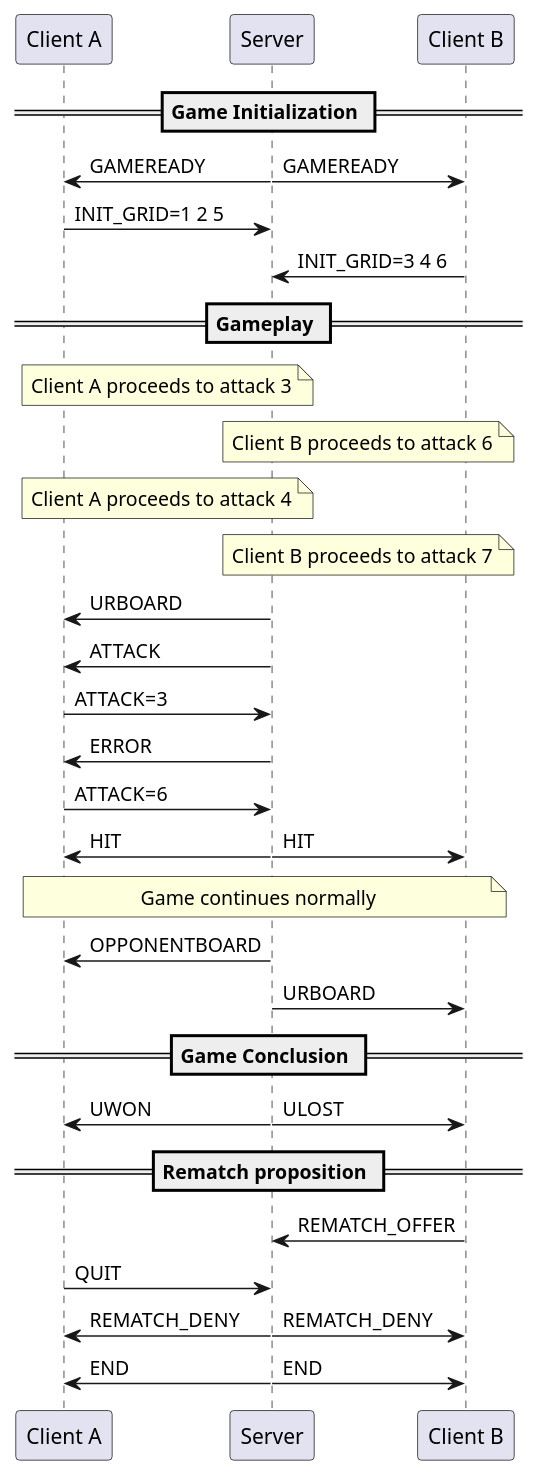
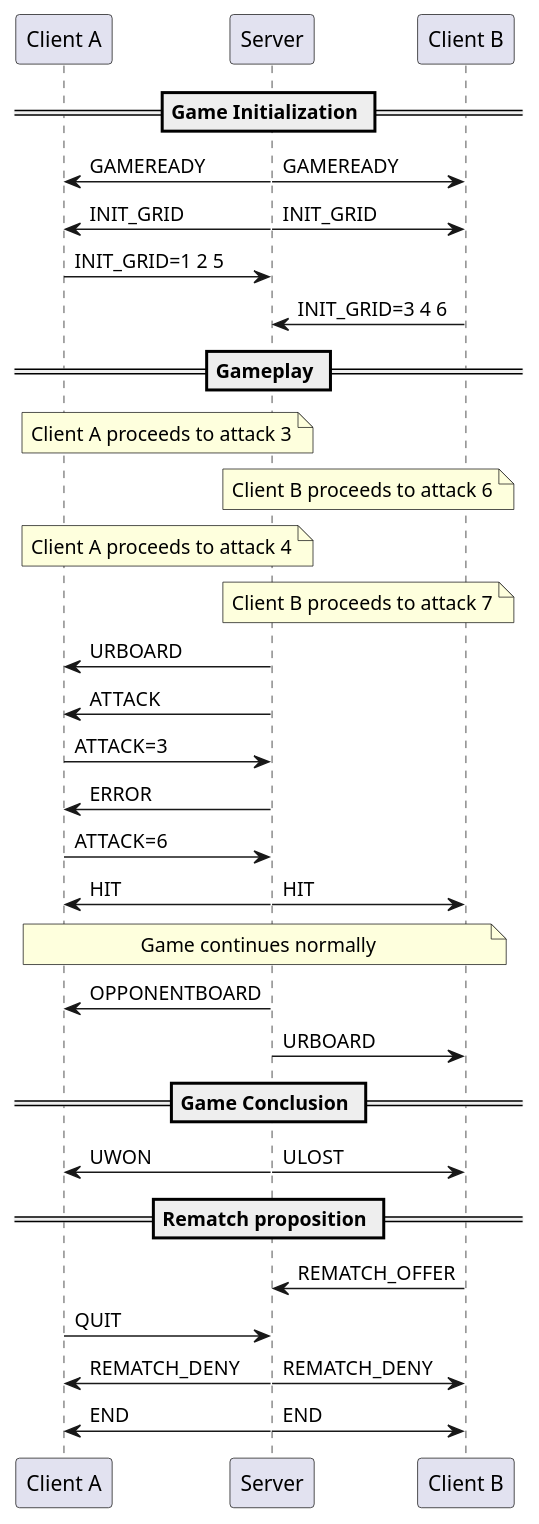
One commit to zaidschouwey98/DAI_naval_battle changed the diagram in src/main/java/ch/heigvd/dai/diagramsCode/DoubleAttack.puml. Above: the diagram before and after it, drawn with PlantUML. The commit also changed 3 other files, not shown here.

```diff
--- a/src/main/java/ch/heigvd/dai/diagramsCode/DoubleAttack.puml
+++ b/src/main/java/ch/heigvd/dai/diagramsCode/DoubleAttack.puml
@@ -1,40 +1,42 @@
 @startuml
 !pragma teoz true
 participant "Client A" as CA
 participant "Server" as S
 participant "Client B" as CB
 
 == Game Initialization ==
 
 S -> CA: GAMEREADY
 & S -> CB: GAMEREADY
+S -> CA: INIT_GRID
+& S -> CB: INIT_GRID
 CA -> S: INIT_GRID=1 2 5
 CB -> S: INIT_GRID=3 4 6
 
 == Gameplay ==
 note over CA, S : Client A proceeds to attack 3
 note over CB, S : Client B proceeds to attack 6
 note over CA, S : Client A proceeds to attack 4
 note over CB, S : Client B proceeds to attack 7
 S -> CA: URBOARD
 S -> CA: ATTACK
 CA -> S: ATTACK=3
 S -> CA: ERROR
 CA -> S: ATTACK=6
 S -> CA: HIT
 & S -> CB: HIT
 note over CA, CB: Game continues normally
 S -> CA: OPPONENTBOARD
 S -> CB: URBOARD
 
 == Game Conclusion ==
 S -> CA: UWON
 & S -> CB: ULOST
 == Rematch proposition ==
 CB -> S: REMATCH_OFFER
 CA -> S: QUIT
 S -> CA: REMATCH_DENY
 & S -> CB: REMATCH_DENY
 S -> CA: END
 & S -> CB: END
 @enduml
```
